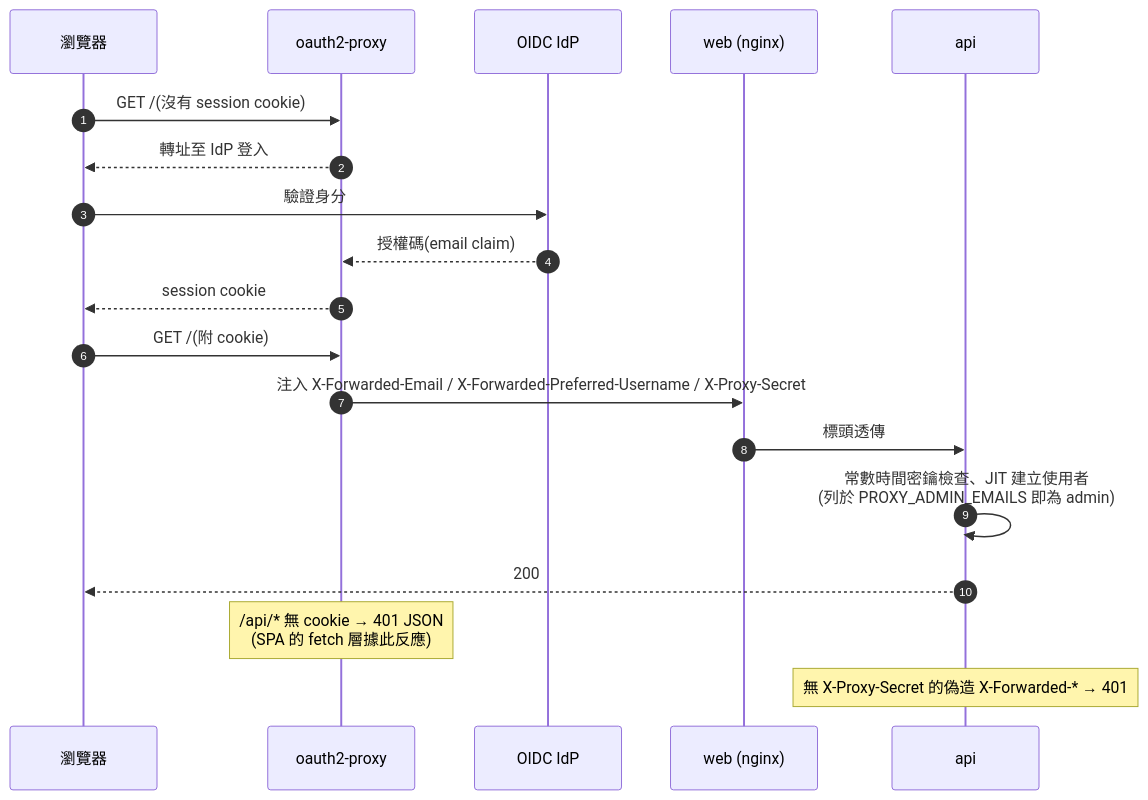
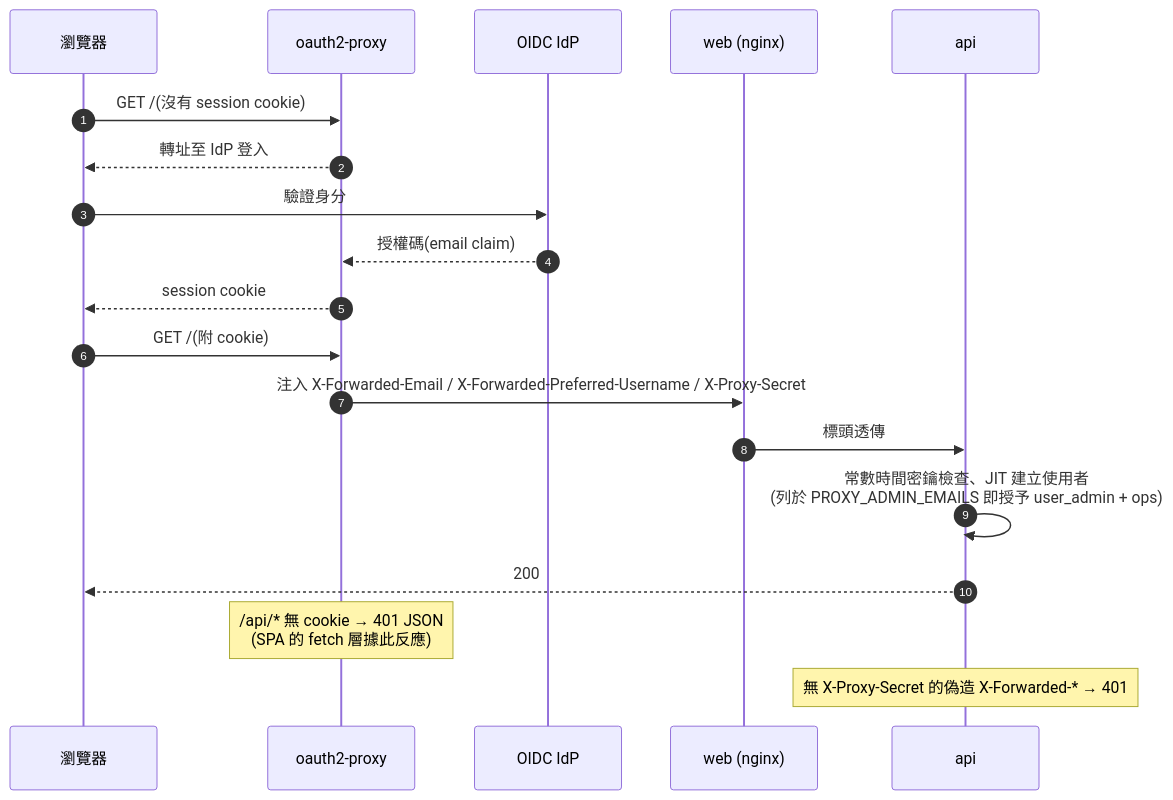
Before and after one commit to kehao-playground/graphrag-web-ui: the third of 3 diagrams in docs/zh-TW/README.md, drawn with Mermaid. The commit also changed other lines of this file and 5 other files, not shown here.

````diff
--- a/docs/zh-TW/README.md
+++ b/docs/zh-TW/README.md
@@ -217,21 +221,21 @@
 ```mermaid
 sequenceDiagram
     autonumber
     participant B as 瀏覽器
     participant O as oauth2-proxy
     participant I as OIDC IdP
     participant N as web (nginx)
     participant A as api
     B->>O: GET /(沒有 session cookie)
     O-->>B: 轉址至 IdP 登入
     B->>I: 驗證身分
     I-->>O: 授權碼(email claim)
     O-->>B: session cookie
     B->>O: GET /(附 cookie)
     O->>N: 注入 X-Forwarded-Email / X-Forwarded-Preferred-Username / X-Proxy-Secret
     N->>A: 標頭透傳
-    A->>A: 常數時間密鑰檢查、JIT 建立使用者<br/>(列於 PROXY_ADMIN_EMAILS 即為 admin)
+    A->>A: 常數時間密鑰檢查、JIT 建立使用者<br/>(列於 PROXY_ADMIN_EMAILS 即授予 user_admin + ops)
     A-->>B: 200
     note over O: /api/* 無 cookie → 401 JSON<br/>(SPA 的 fetch 層據此反應)
     note over A: 無 X-Proxy-Secret 的偽造 X-Forwarded-* → 401
 ```
````
